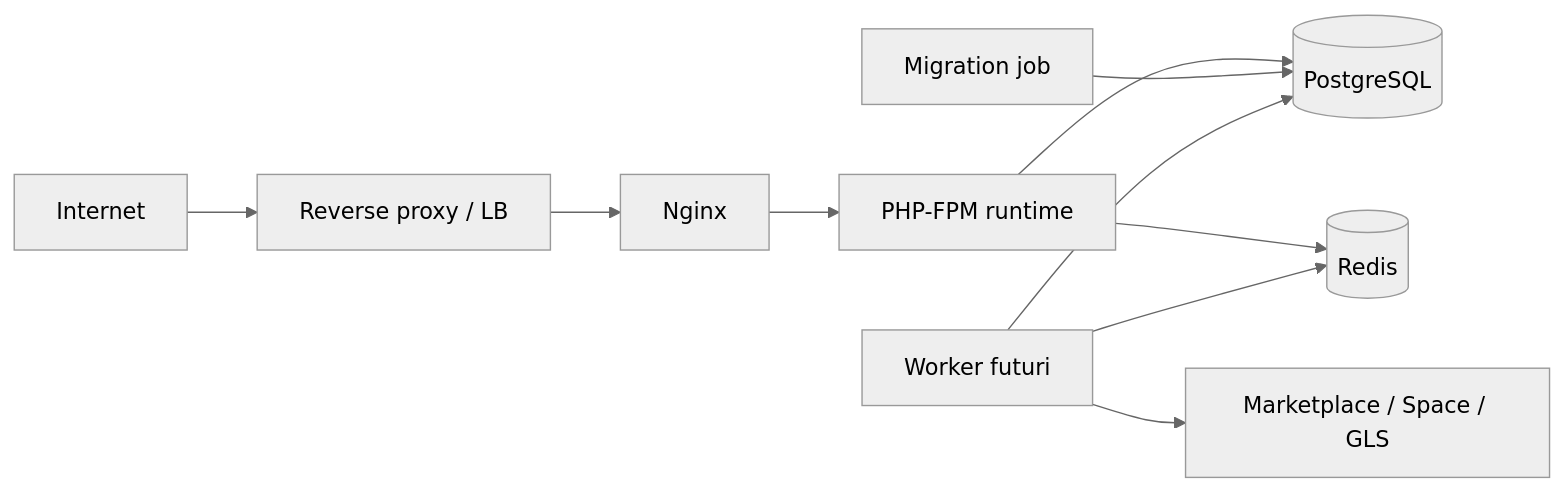
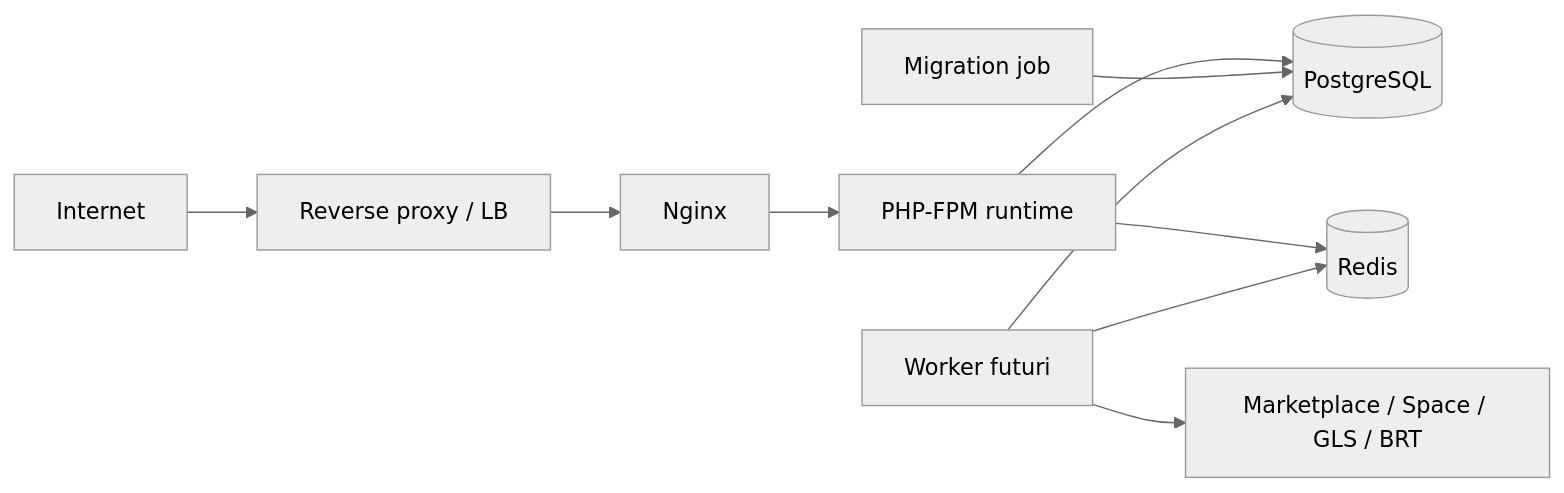
The fifth of 5 diagrams in docs/ARCHITECTURE.md (jellero/hapa), drawn with Mermaid (neutral theme) before and after one commit. The commit also changed other lines of this file and 33 other files, not shown here.

````diff
--- a/docs/ARCHITECTURE.md
+++ b/docs/ARCHITECTURE.md
@@ -1295,12 +1318,12 @@
 ```mermaid
 flowchart LR
     Internet --> Proxy[Reverse proxy / LB]
     Proxy --> Nginx
     Nginx --> PHP[PHP-FPM runtime]
     PHP --> Postgres[(PostgreSQL)]
     PHP --> Redis[(Redis)]
     Migration[Migration job] --> Postgres
     Worker[Worker futuri] --> Postgres
     Worker --> Redis
-    Worker --> Providers[Marketplace / Space / GLS]
+    Worker --> Providers[Marketplace / Space / GLS / BRT]
 ```
````
